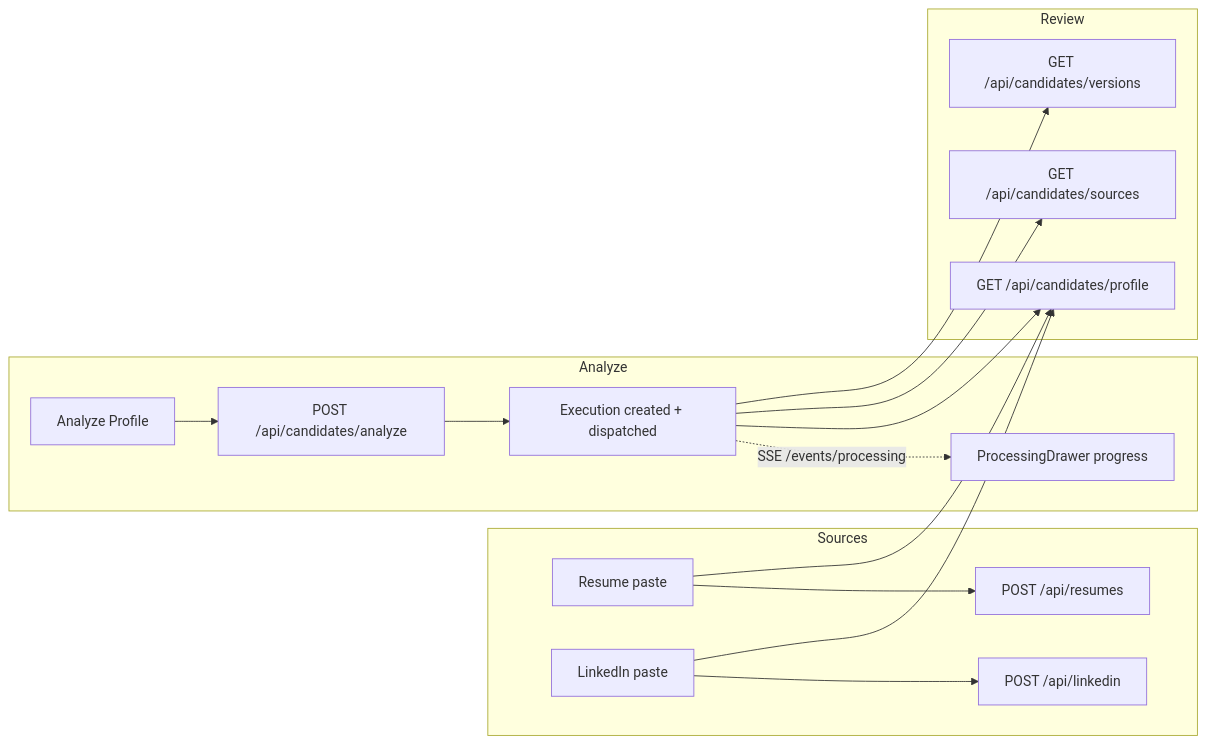
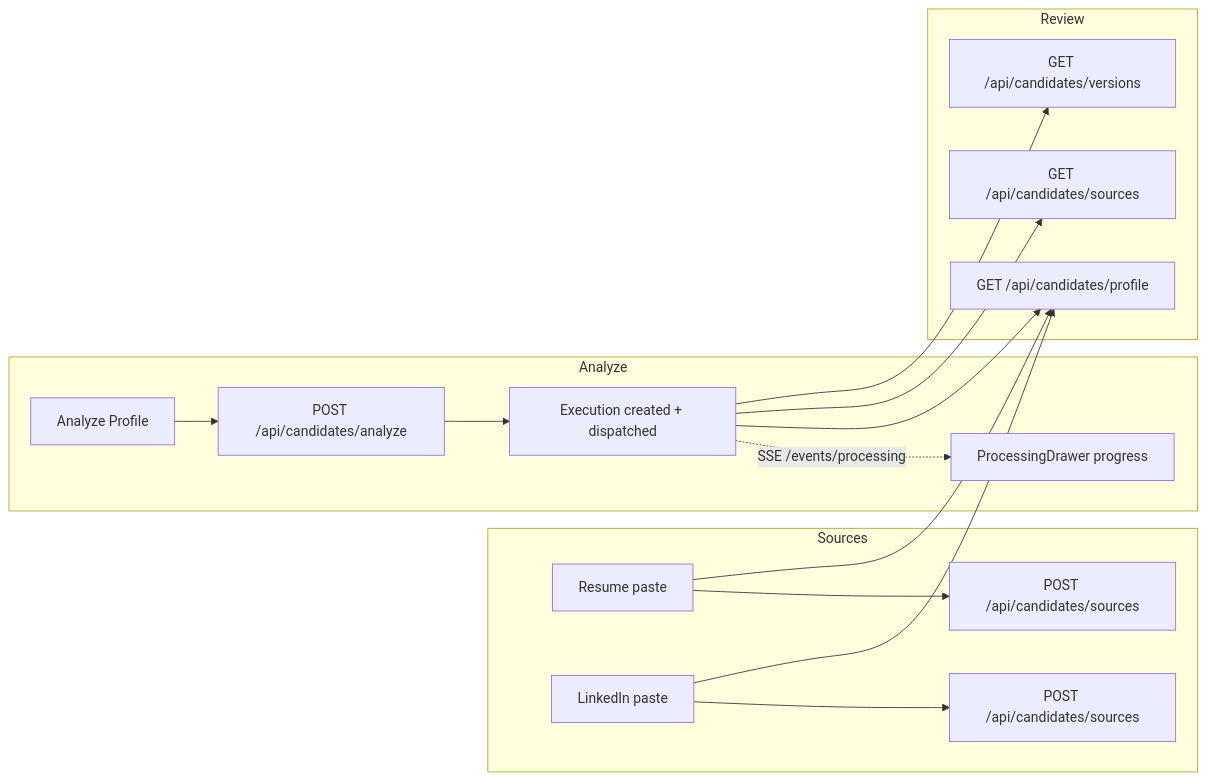
The first of 3 diagrams in docs/ux/features/candidate/profile-import.md (hassan-mohagheghian/career-os), drawn with Mermaid before and after one commit. The commit also changed other lines of this file and 35 other files, not shown here.

````diff
--- a/docs/ux/features/candidate/profile-import.md
+++ b/docs/ux/features/candidate/profile-import.md
@@ -95,22 +111,22 @@
 ```mermaid
 flowchart LR
     subgraph Sources
-        R[Resume paste] --> RS[POST /api/resumes]
-        L[LinkedIn paste] --> LS[POST /api/linkedin]
+        R[Resume paste] --> RS[POST /api/candidates/sources]
+        L[LinkedIn paste] --> LS[POST /api/candidates/sources]
     end
     subgraph Analyze
         A[Analyze Profile] --> AP[POST /api/candidates/analyze]
         AP --> EX[Execution created + dispatched]
         EX -. SSE /events/processing .-> W[ProcessingDrawer progress]
     end
     subgraph Review
         P[GET /api/candidates/profile]
         S[GET /api/candidates/sources]
         V[GET /api/candidates/versions]
     end
     EX --> P
     EX --> S
     EX --> V
     R --> P
     L --> P
 ```
````
